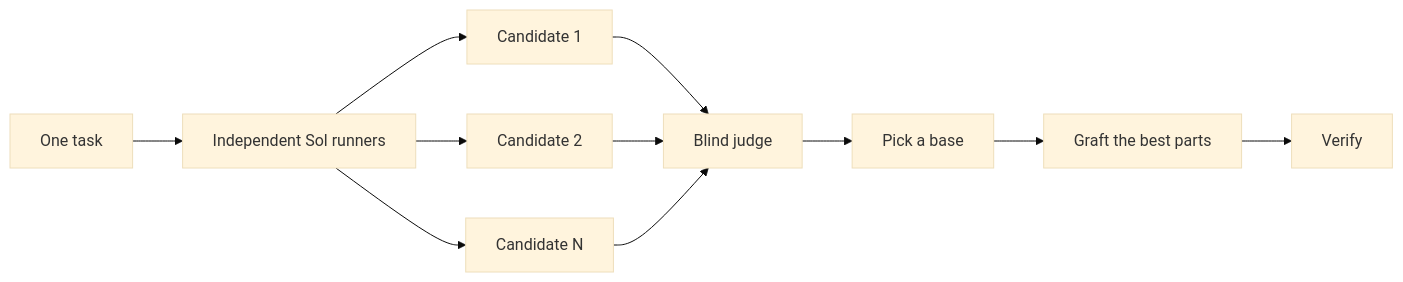
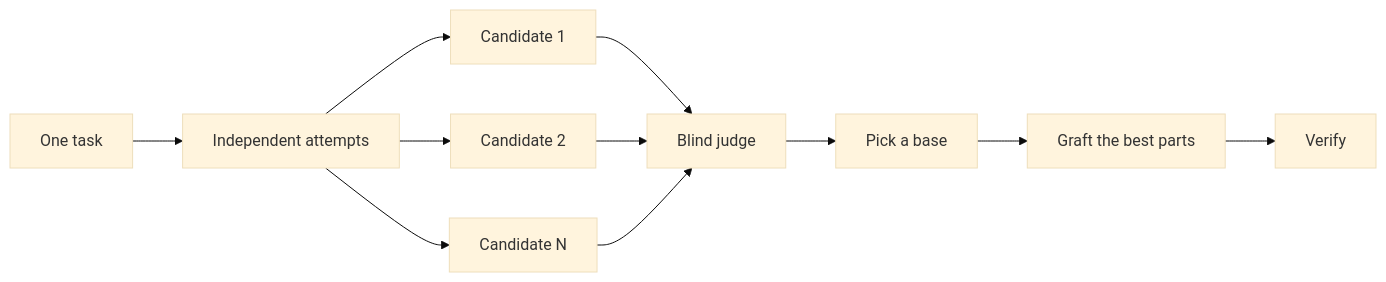
Before and after one commit to theomilll/pstack-codex: the diagram in plugins/pstack-codex/docs/guide/04-design.md, drawn with Mermaid (base theme). The commit also changed other lines of this file and 39 other files, not shown here.

````diff
--- a/plugins/pstack-codex/docs/guide/04-design.md
+++ b/plugins/pstack-codex/docs/guide/04-design.md
@@ -39,13 +39,13 @@
 ```mermaid
 flowchart LR
-    A[One task] --> B[Independent Sol runners]
+    A[One task] --> B[Independent attempts]
     B --> C[Candidate 1]
     B --> D[Candidate 2]
     B --> E[Candidate N]
     C --> F[Blind judge]
     D --> F
     E --> F
     F --> G[Pick a base]
     G --> H[Graft the best parts]
     H --> I[Verify]
 ```
````
